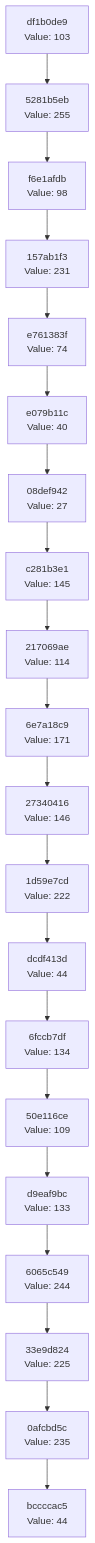
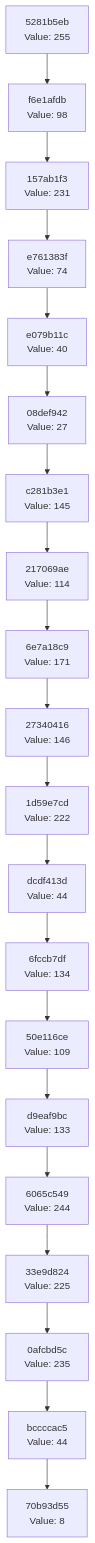
The diagram in docs/CHAIN_VISUALIZATION.md (Abhisheksinha1506/hash-chain-evolver), drawn with Mermaid before and after one commit. The commit also changed 2 other files, not shown here.

Commit message:
Evolution step: hash 0x08 → action executed

````diff
--- a/docs/CHAIN_VISUALIZATION.md
+++ b/docs/CHAIN_VISUALIZATION.md
@@ -3,42 +3,42 @@
 ```mermaid
 graph TD
-    C0["bccccac5<br/>Value: 44"]
-    C1["0afcbd5c<br/>Value: 235"]
+    C0["70b93d55<br/>Value: 8"]
+    C1["bccccac5<br/>Value: 44"]
     C1 --> C0
-    C2["33e9d824<br/>Value: 225"]
+    C2["0afcbd5c<br/>Value: 235"]
     C2 --> C1
-    C3["6065c549<br/>Value: 244"]
+    C3["33e9d824<br/>Value: 225"]
     C3 --> C2
-    C4["d9eaf9bc<br/>Value: 133"]
+    C4["6065c549<br/>Value: 244"]
     C4 --> C3
-    C5["50e116ce<br/>Value: 109"]
+    C5["d9eaf9bc<br/>Value: 133"]
     C5 --> C4
-    C6["6fccb7df<br/>Value: 134"]
+    C6["50e116ce<br/>Value: 109"]
     C6 --> C5
-    C7["dcdf413d<br/>Value: 44"]
+    C7["6fccb7df<br/>Value: 134"]
     C7 --> C6
-    C8["1d59e7cd<br/>Value: 222"]
+    C8["dcdf413d<br/>Value: 44"]
     C8 --> C7
-    C9["27340416<br/>Value: 146"]
+    C9["1d59e7cd<br/>Value: 222"]
     C9 --> C8
-    C10["6e7a18c9<br/>Value: 171"]
+    C10["27340416<br/>Value: 146"]
     C10 --> C9
-    C11["217069ae<br/>Value: 114"]
+    C11["6e7a18c9<br/>Value: 171"]
     C11 --> C10
-    C12["c281b3e1<br/>Value: 145"]
+    C12["217069ae<br/>Value: 114"]
     C12 --> C11
-    C13["08def942<br/>Value: 27"]
+    C13["c281b3e1<br/>Value: 145"]
     C13 --> C12
-    C14["e079b11c<br/>Value: 40"]
+    C14["08def942<br/>Value: 27"]
     C14 --> C13
-    C15["e761383f<br/>Value: 74"]
+    C15["e079b11c<br/>Value: 40"]
     C15 --> C14
-    C16["157ab1f3<br/>Value: 231"]
+    C16["e761383f<br/>Value: 74"]
     C16 --> C15
-    C17["f6e1afdb<br/>Value: 98"]
+    C17["157ab1f3<br/>Value: 231"]
     C17 --> C16
-    C18["5281b5eb<br/>Value: 255"]
+    C18["f6e1afdb<br/>Value: 98"]
     C18 --> C17
-    C19["df1b0de9<br/>Value: 103"]
+    C19["5281b5eb<br/>Value: 255"]
     C19 --> C18
 ```
````
